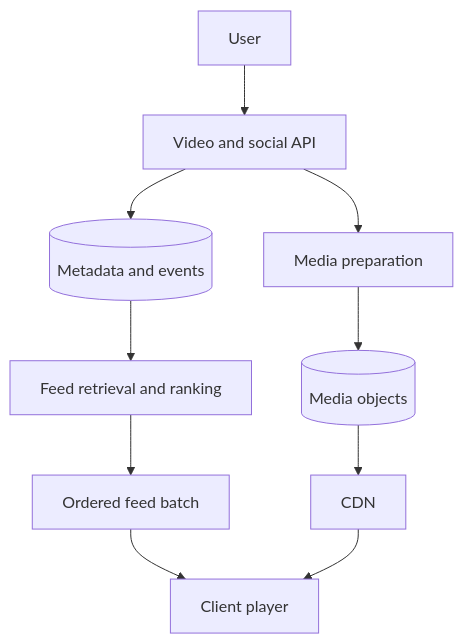
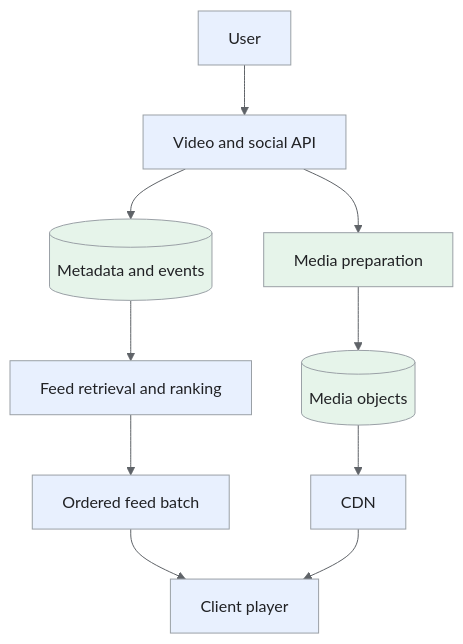
The first of 3 diagrams in _designs/system-design-tiktok-reels.md (iliazlobin/iliazlobin.github.io), drawn with Mermaid before and after one commit. The commit also changed other lines of this file and 25 other files, not shown here.

Commit message:
docs: explain Batch B design flows and tradeoffs

````diff
--- a/_designs/system-design-tiktok-reels.md
+++ b/_designs/system-design-tiktok-reels.md
@@ -141,12 +157,19 @@
 ```mermaid
+%%{init: {'theme':'base','themeVariables':{'primaryColor':'#e8f0fe','primaryTextColor':'#202124','primaryBorderColor':'#9aa0a6','lineColor':'#5f6368','secondaryColor':'#e6f4ea','tertiaryColor':'#fef7e0','actorBkg':'#e8f0fe','actorBorder':'#9aa0a6','actorTextColor':'#202124','noteBkgColor':'#fef7e0','noteTextColor':'#202124','noteBorderColor':'#9aa0a6','signalColor':'#5f6368','signalTextColor':'#202124','labelBoxBkgColor':'#fef7e0','labelBoxBorderColor':'#9aa0a6'}}}%%
 flowchart TB
     U["User"] --> API["Video and social API"]
     API --> M[("Metadata and events")]
     API --> T["Media preparation"]
     T --> O[("Media objects")]
     M --> F["Feed retrieval and ranking"]
     F --> B["Ordered feed batch"]
     B --> P["Client player"]
     O --> C["CDN"]
     C --> P
+classDef request fill:#e8f0fe,stroke:#9aa0a6,color:#202124;
+classDef data fill:#e6f4ea,stroke:#9aa0a6,color:#202124;
+classDef control fill:#fef7e0,stroke:#9aa0a6,color:#202124;
+class U,API,F,B,P,C request;
+class M,T,O data;
+
 ```
````
